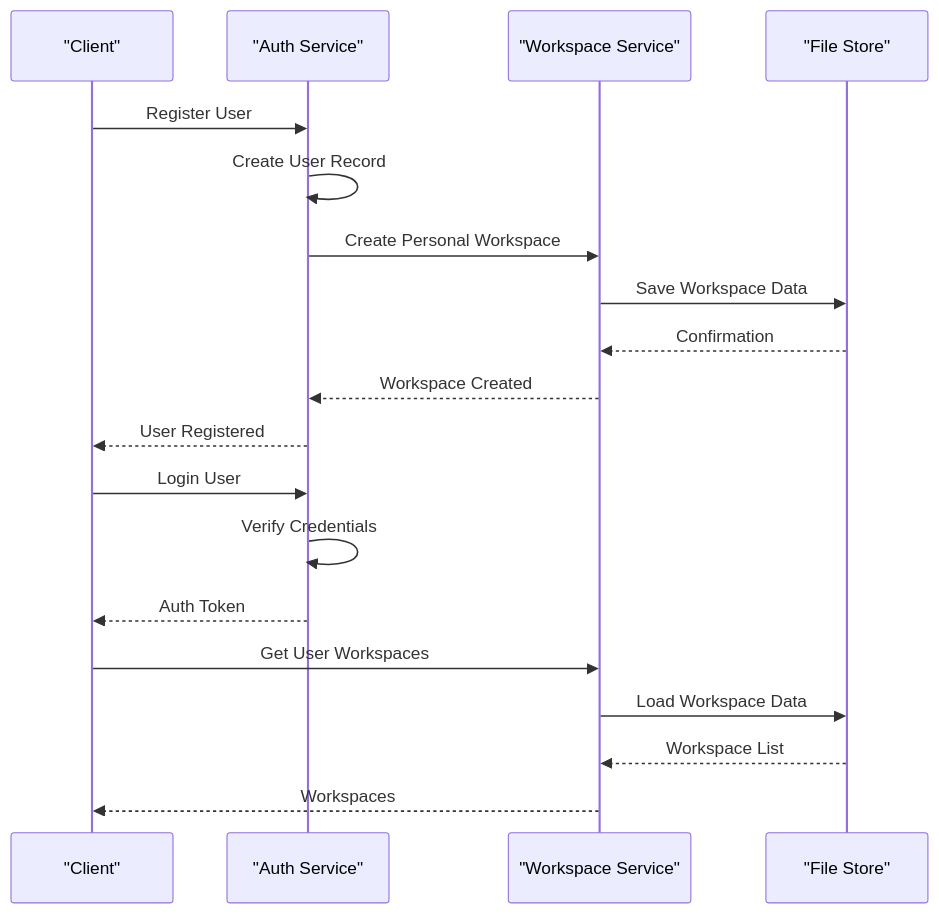
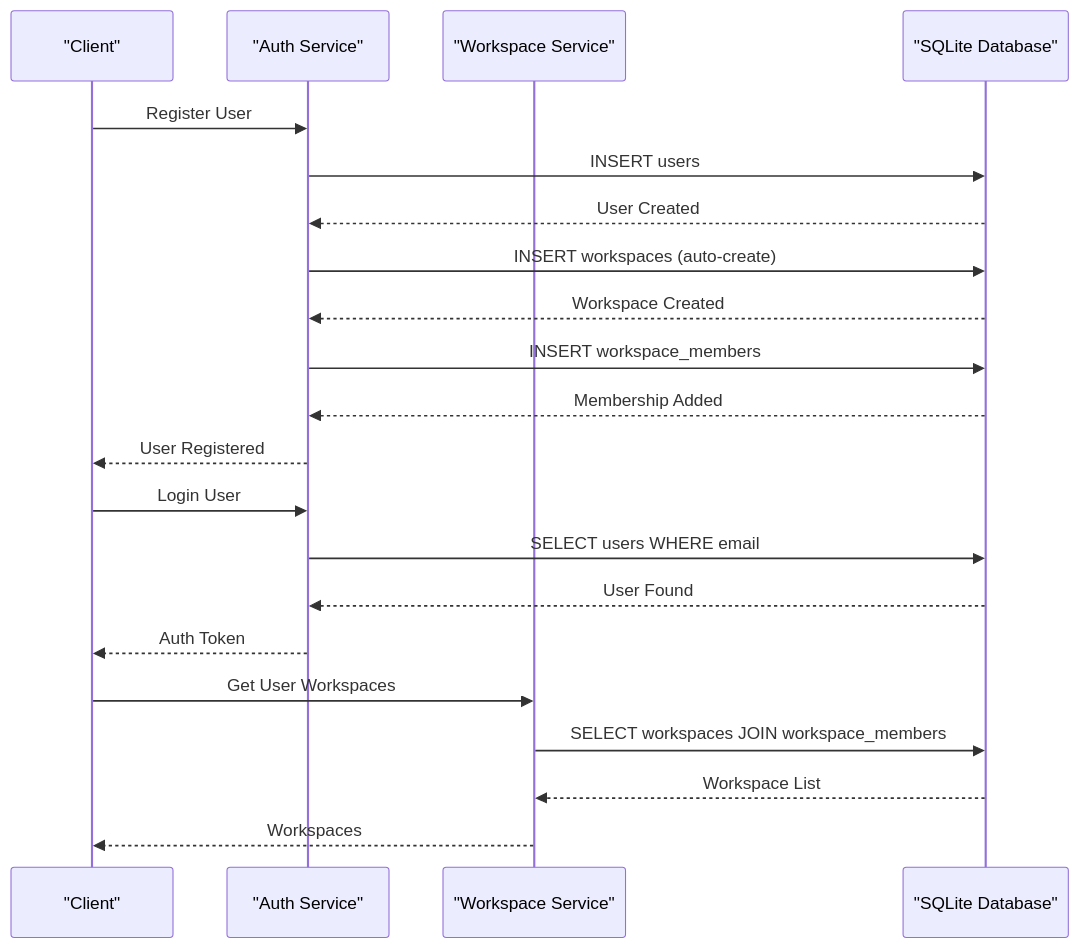
The third of 8 diagrams in .qoder/repowiki/en/content/Frontend Application/Workspace Management.md (RunTimeAdmin/tri-ai), drawn with Mermaid before and after one commit. The commit also changed other lines of this file and 40 other files, not shown here.

````diff
--- a/.qoder/repowiki/en/content/Frontend Application/Workspace Management.md
+++ b/.qoder/repowiki/en/content/Frontend Application/Workspace Management.md
@@ -117,21 +134,23 @@
 ```mermaid
 sequenceDiagram
 participant Client as "Client"
 participant Auth as "Auth Service"
 participant WS as "Workspace Service"
-participant Store as "File Store"
+participant DB as "SQLite Database"
 Client->>Auth : Register User
-Auth->>Auth : Create User Record
-Auth->>WS : Create Personal Workspace
-WS->>Store : Save Workspace Data
-Store-->>WS : Confirmation
-WS-->>Auth : Workspace Created
+Auth->>DB : INSERT users
+DB-->>Auth : User Created
+Auth->>DB : INSERT workspaces (auto-create)
+DB-->>Auth : Workspace Created
+Auth->>DB : INSERT workspace_members
+DB-->>Auth : Membership Added
 Auth-->>Client : User Registered
 Client->>Auth : Login User
-Auth->>Auth : Verify Credentials
+Auth->>DB : SELECT users WHERE email
+DB-->>Auth : User Found
 Auth-->>Client : Auth Token
 Client->>WS : Get User Workspaces
-WS->>Store : Load Workspace Data
-Store-->>WS : Workspace List
+WS->>DB : SELECT workspaces JOIN workspace_members
+DB-->>WS : Workspace List
 WS-->>Client : Workspaces
 ```
````
